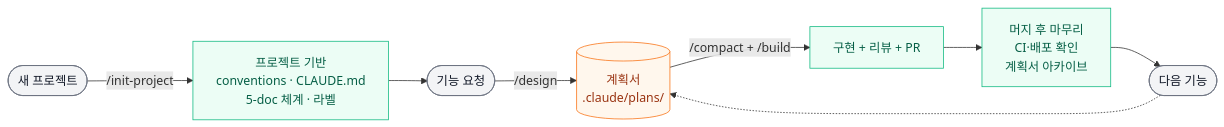
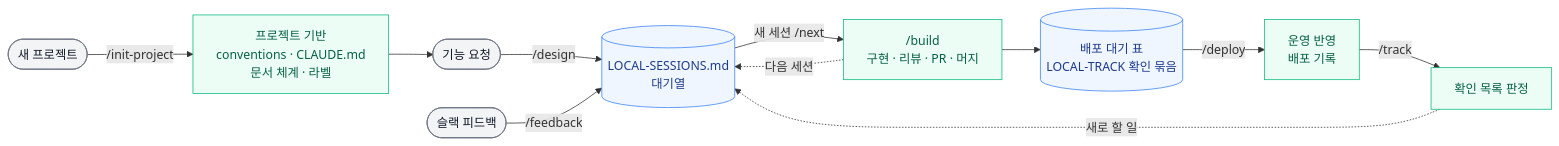
Before and after one commit to hyewon3938/build-with-ai: the first of 6 diagrams in workflow/skills-overview.md, drawn with Mermaid. The commit also changed other lines of this file and 3 other files, not shown here.

````diff
--- a/workflow/skills-overview.md
+++ b/workflow/skills-overview.md
@@ -17,18 +25,21 @@
 ```mermaid
 graph LR
-    NP([새 프로젝트]) -->|/init-project| IP[프로젝트 기반<br/>conventions · CLAUDE.md<br/>5-doc 체계 · 라벨]
-    IP --> RQ([기능 요청])
-    RQ -->|/design| PL[(계획서<br/>.claude/plans/)]
-    PL -->|/compact + /build| BD[구현 + 리뷰 + PR]
-    BD --> MW[머지 후 마무리<br/>CI·배포 확인<br/>계획서 아카이브]
-    MW --> RQ2([다음 기능])
-    RQ2 -.-> PL
+    NP(["새 프로젝트"]) -->|/init-project| IP["프로젝트 기반<br/>conventions · CLAUDE.md<br/>문서 체계 · 라벨"]
+    IP --> RQ(["기능 요청"])
+    RQ -->|/design| QU[("LOCAL-SESSIONS.md<br/>대기열")]
+    QU -->|새 세션 /next| BD["/build<br/>구현 · 리뷰 · PR · 머지"]
+    BD --> DW[("배포 대기 표<br/>LOCAL-TRACK 확인 묶음")]
+    BD -.다음 세션.-> QU
+    DW -->|/deploy| DP["운영 반영<br/>배포 기록"]
+    DP -->|/track| TR["확인 목록 판정"]
+    TR -.새로 할 일.-> QU
+    FB(["슬랙 피드백"]) -->|/feedback| QU
 
     classDef io fill:#f3f4f6,stroke:#6b7280,color:#111827
     classDef skill fill:#ecfdf5,stroke:#10b981,color:#065f46
-    classDef artifact fill:#fff7ed,stroke:#f97316,color:#9a3412
+    classDef local fill:#eff6ff,stroke:#3b82f6,color:#1e3a8a
 
-    class NP,RQ,RQ2 io
-    class IP,BD,MW skill
-    class PL artifact
+    class NP,RQ,FB io
+    class IP,BD,DP,TR skill
+    class QU,DW local
 ```
````
